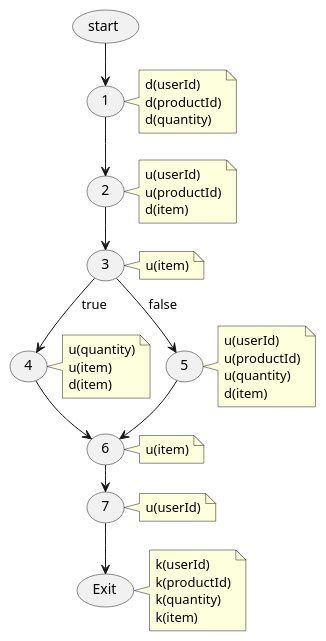
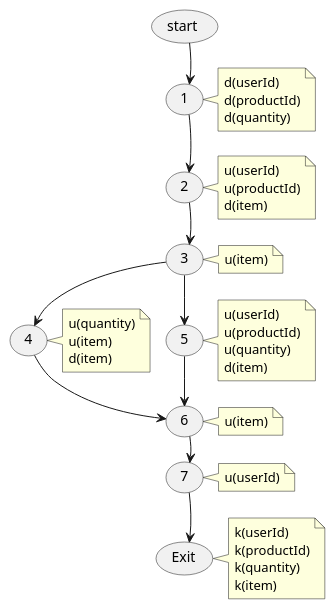
One commit to chuonghoai/MarketPlace changed the diagram in docs/white_box_testing/add_to_cart/05_data_flow_graph.puml. Above: the diagram before and after it, drawn with PlantUML. The commit also changed 65 other files, not shown here.

```diff
--- a/docs/white_box_testing/add_to_cart/05_data_flow_graph.puml
+++ b/docs/white_box_testing/add_to_cart/05_data_flow_graph.puml
@@ -1,36 +1,43 @@
 @startuml
 skinparam nodesep 15
 skinparam ranksep 25
 
 usecase "start" as start_node
 usecase "1" as n1
 note right of n1 : d(userId)\nd(productId)\nd(quantity)
 usecase "2" as n2
 note right of n2 : u(userId)\nu(productId)\nd(item)
 usecase "3" as n3
 note right of n3 : u(item)
 usecase "4" as n4
 note right of n4 : u(quantity)\nu(item)\nd(item)
 usecase "5" as n5
 note right of n5 : u(userId)\nu(productId)\nu(quantity)\nd(item)
 usecase "6" as n6
 note right of n6 : u(item)
 usecase "7" as n7
 note right of n7 : u(userId)
 usecase "Exit" as end_node
 note right of end_node : k(userId)\nk(productId)\nk(quantity)\nk(item)
 
+start_node -[hidden]down-> n1
+n1 -[hidden]down-> n2
+n2 -[hidden]down-> n3
+n3 -[hidden]down-> n6
+n6 -[hidden]down-> n7
+n7 -[hidden]down-> end_node
+
 start_node --> n1
 n1 --> n2
 n2 --> n3
 
-n3 --> n4 : true
-n3 --> n5 : false
+n3 --> n4
+n3 --> n5
 
 n4 --> n6
 n5 --> n6
 
 n6 --> n7
 n7 --> end_node
 
 @enduml
```
